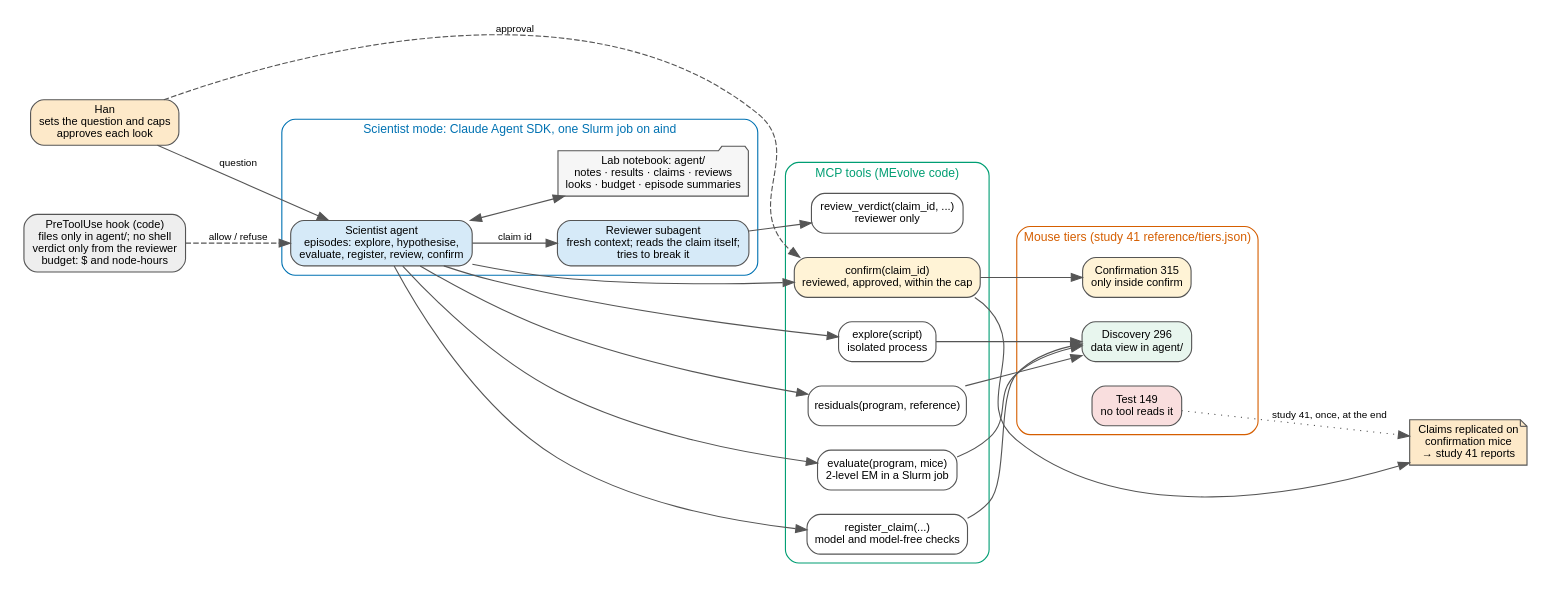
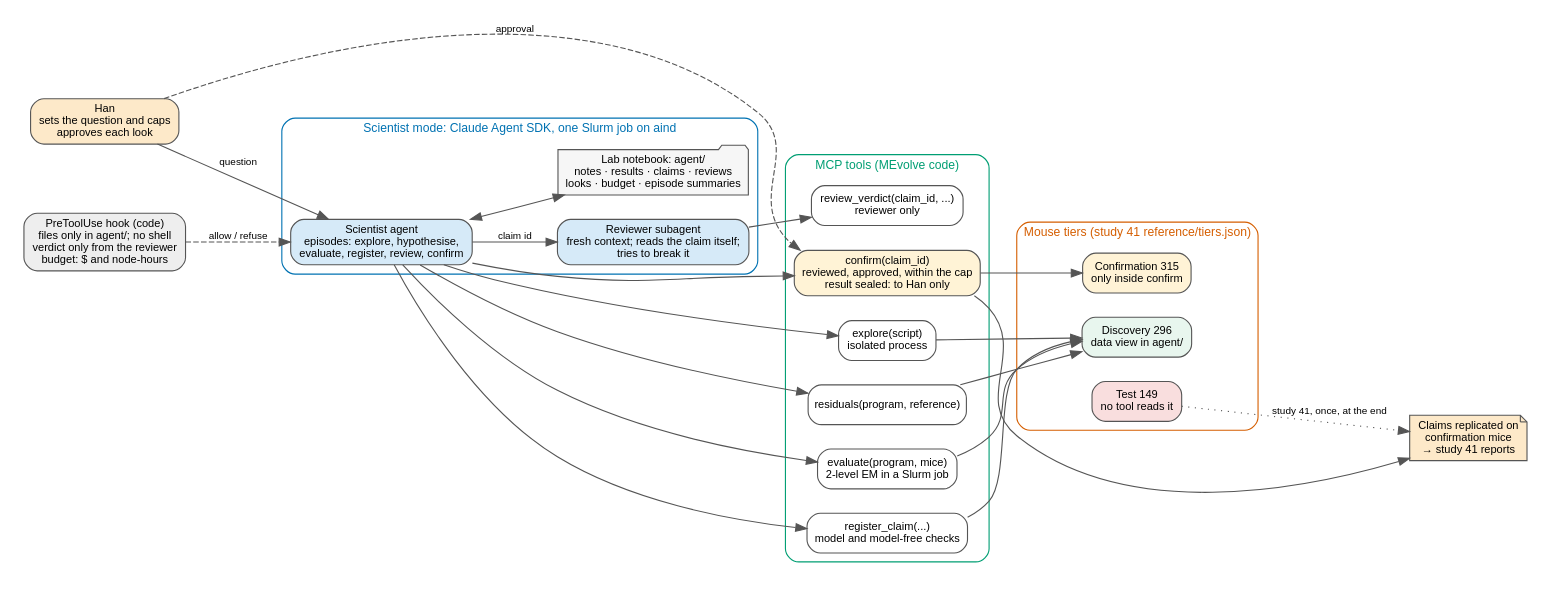
One commit to AllenNeuralDynamics/aind-dynamic-foraging-mevolve changed the diagram in docs/adr/0007-scientist-mode.dot. Above: the diagram before and after it, drawn with Graphviz. The commit also changed 3 other files, not shown here.

```diff
--- a/docs/adr/0007-scientist-mode.dot
+++ b/docs/adr/0007-scientist-mode.dot
@@ -1,48 +1,48 @@
 // MEvolve ADR 0007: scientist mode. Render: dot -Tsvg 0007-scientist-mode.dot -o 0007-scientist-mode.svg
 digraph S {
   graph [rankdir=LR, fontname="Arial", fontsize=11, nodesep=0.3, ranksep=0.55, pad=0.2];
   node  [fontname="Arial", fontsize=10, shape=box, style="rounded,filled", fillcolor="#ffffff", color="#555555"];
   edge  [fontname="Arial", fontsize=9, color="#555555"];
 
   han [label="Han\nsets the question and caps\napproves each look", fillcolor="#fde9c9"];
 
   subgraph cluster_job {
     label="Scientist mode: Claude Agent SDK, one Slurm job on aind"; style="rounded"; color="#0072B2"; fontcolor="#0072B2";
     sci [label="Scientist agent\nepisodes: explore, hypothesise,\nevaluate, register, review, confirm", fillcolor="#d6eaf8"];
     rev [label="Reviewer subagent\nfresh context; reads the claim itself;\ntries to break it", fillcolor="#d6eaf8"];
     hook [label="PreToolUse hook (code)\nfiles only in agent/; no shell\nverdict only from the reviewer\nbudget: $ and node-hours", fillcolor="#eeeeee"];
     note [label="Lab notebook: agent/\nnotes · results · claims · reviews\nlooks · budget · episode summaries", shape=folder, fillcolor="#f6f6f6"];
   }
 
   subgraph cluster_tools {
     label="MCP tools (MEvolve code)"; style="rounded"; color="#009E73"; fontcolor="#009E73";
     explore [label="explore(script)\nisolated process"];
     evalt [label="evaluate(program, mice)\n2-level EM in a Slurm job"];
     resid [label="residuals(program, reference)"];
     reg [label="register_claim(...)\nmodel and model-free checks"];
     verdict [label="review_verdict(claim_id, ...)\nreviewer only"];
-    confirm [label="confirm(claim_id)\nreviewed, approved, within the cap", fillcolor="#fff3d6"];
+    confirm [label="confirm(claim_id)\nreviewed, approved, within the cap\nresult sealed: to Han only", fillcolor="#fff3d6"];
   }
 
   subgraph cluster_mice {
     label="Mouse tiers (study 41 reference/tiers.json)"; style="rounded"; color="#D55E00"; fontcolor="#D55E00";
     disc [label="Discovery 296\ndata view in agent/", fillcolor="#e8f6ee"];
     conf [label="Confirmation 315\nonly inside confirm", fillcolor="#fff3d6"];
     test [label="Test 149\nno tool reads it", fillcolor="#f9dede"];
   }
 
   out [label="Claims replicated on\nconfirmation mice\n→ study 41 reports", shape=note, fillcolor="#fde9c9"];
 
   {rank=same; han; hook}
   han -> sci [label="question"];
   hook -> sci [style=dashed, label="allow / refuse"];
   sci -> note [dir=both];
   sci -> rev [label="claim id"];
   sci -> explore; sci -> evalt; sci -> resid; sci -> reg; sci -> confirm;
   rev -> verdict;
   explore -> disc; evalt -> disc; resid -> disc; reg -> disc;
   confirm -> conf;
   han -> confirm [label="approval", style=dashed];
   confirm -> out;
   test -> out [style=dotted, label="study 41, once, at the end"];
 }
```
